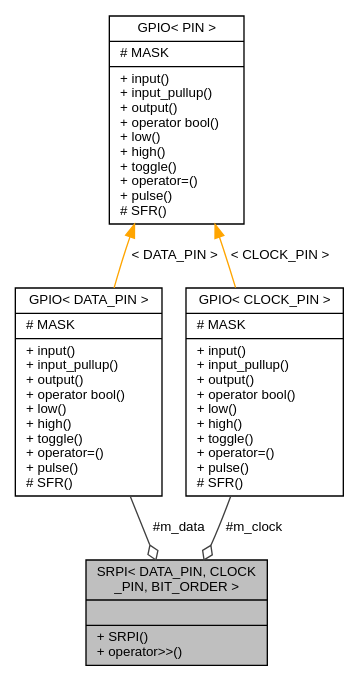
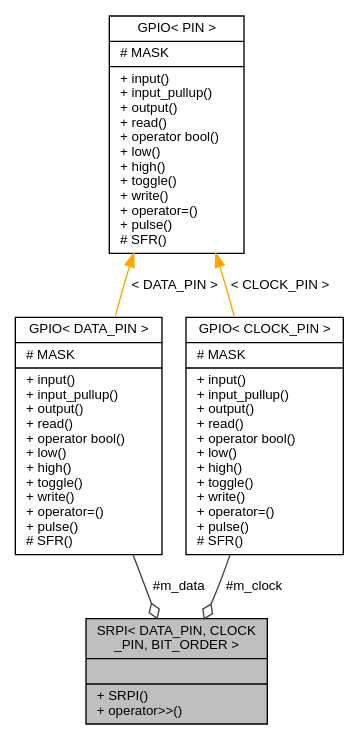
The diagram in Arduino-GPIO/d8/d4a/classSRPI__coll__graph.dot (mikaelpatel/mikaelpatel.github.io), drawn with Graphviz before and after one commit. The commit also changed 86 other files, not shown here.

```diff
--- a/Arduino-GPIO/d8/d4a/classSRPI__coll__graph.dot
+++ b/Arduino-GPIO/d8/d4a/classSRPI__coll__graph.dot
@@ -1,13 +1,13 @@
 digraph "SRPI&lt; DATA_PIN, CLOCK_PIN, BIT_ORDER &gt;"
 {
   edge [fontname="Helvetica",fontsize="10",labelfontname="Helvetica",labelfontsize="10"];
   node [fontname="Helvetica",fontsize="10",shape=record];
   Node1 [label="{SRPI\< DATA_PIN, CLOCK\l_PIN, BIT_ORDER \>\n||+ SRPI()\l+ operator\>\>()\l}",height=0.2,width=0.4,color="black", fillcolor="grey75", style="filled", fontcolor="black"];
   Node2 -> Node1 [color="grey25",fontsize="10",style="solid",label=" #m_data" ,arrowhead="odiamond",fontname="Helvetica"];
-  Node2 [label="{GPIO\< DATA_PIN \>\n|# MASK\l|+ input()\l+ input_pullup()\l+ output()\l+ operator bool()\l+ low()\l+ high()\l+ toggle()\l+ operator=()\l+ pulse()\l# SFR()\l}",height=0.2,width=0.4,color="black", fillcolor="white", style="filled",URL="$d7/dde/classGPIO.html"];
+  Node2 [label="{GPIO\< DATA_PIN \>\n|# MASK\l|+ input()\l+ input_pullup()\l+ output()\l+ read()\l+ operator bool()\l+ low()\l+ high()\l+ toggle()\l+ write()\l+ operator=()\l+ pulse()\l# SFR()\l}",height=0.2,width=0.4,color="black", fillcolor="white", style="filled",URL="$d7/dde/classGPIO.html"];
   Node3 -> Node2 [dir="back",color="orange",fontsize="10",style="solid",label=" \< DATA_PIN \>" ,fontname="Helvetica"];
-  Node3 [label="{GPIO\< PIN \>\n|# MASK\l|+ input()\l+ input_pullup()\l+ output()\l+ operator bool()\l+ low()\l+ high()\l+ toggle()\l+ operator=()\l+ pulse()\l# SFR()\l}",height=0.2,width=0.4,color="black", fillcolor="white", style="filled",URL="$d7/dde/classGPIO.html"];
+  Node3 [label="{GPIO\< PIN \>\n|# MASK\l|+ input()\l+ input_pullup()\l+ output()\l+ read()\l+ operator bool()\l+ low()\l+ high()\l+ toggle()\l+ write()\l+ operator=()\l+ pulse()\l# SFR()\l}",height=0.2,width=0.4,color="black", fillcolor="white", style="filled",URL="$d7/dde/classGPIO.html"];
   Node4 -> Node1 [color="grey25",fontsize="10",style="solid",label=" #m_clock" ,arrowhead="odiamond",fontname="Helvetica"];
-  Node4 [label="{GPIO\< CLOCK_PIN \>\n|# MASK\l|+ input()\l+ input_pullup()\l+ output()\l+ operator bool()\l+ low()\l+ high()\l+ toggle()\l+ operator=()\l+ pulse()\l# SFR()\l}",height=0.2,width=0.4,color="black", fillcolor="white", style="filled",URL="$d7/dde/classGPIO.html"];
+  Node4 [label="{GPIO\< CLOCK_PIN \>\n|# MASK\l|+ input()\l+ input_pullup()\l+ output()\l+ read()\l+ operator bool()\l+ low()\l+ high()\l+ toggle()\l+ write()\l+ operator=()\l+ pulse()\l# SFR()\l}",height=0.2,width=0.4,color="black", fillcolor="white", style="filled",URL="$d7/dde/classGPIO.html"];
   Node3 -> Node4 [dir="back",color="orange",fontsize="10",style="solid",label=" \< CLOCK_PIN \>" ,fontname="Helvetica"];
 }
```
